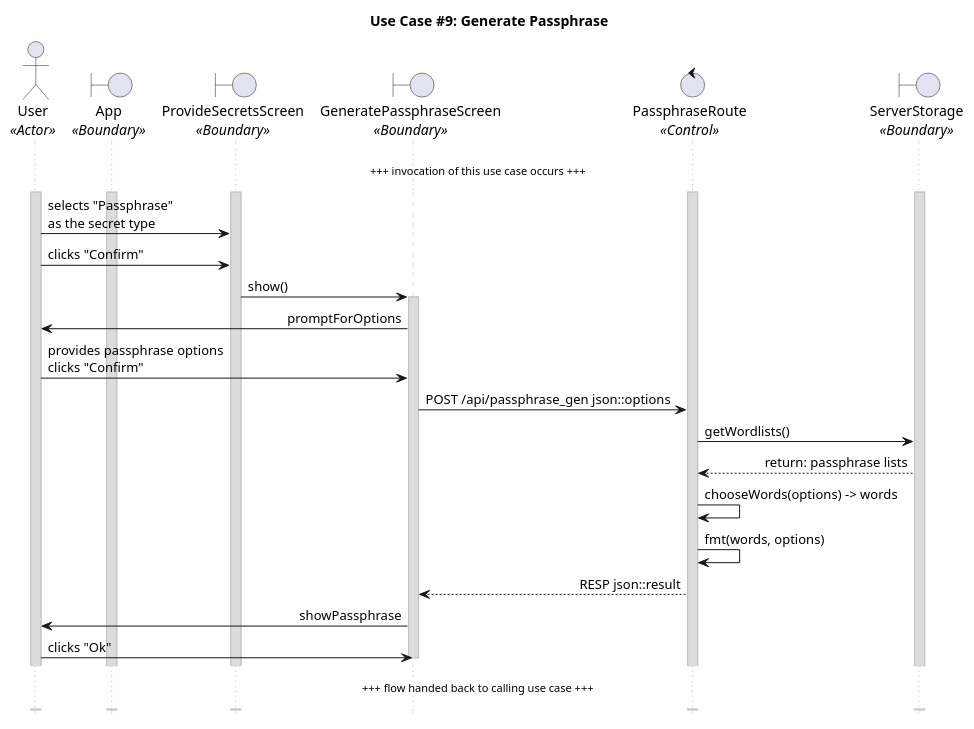
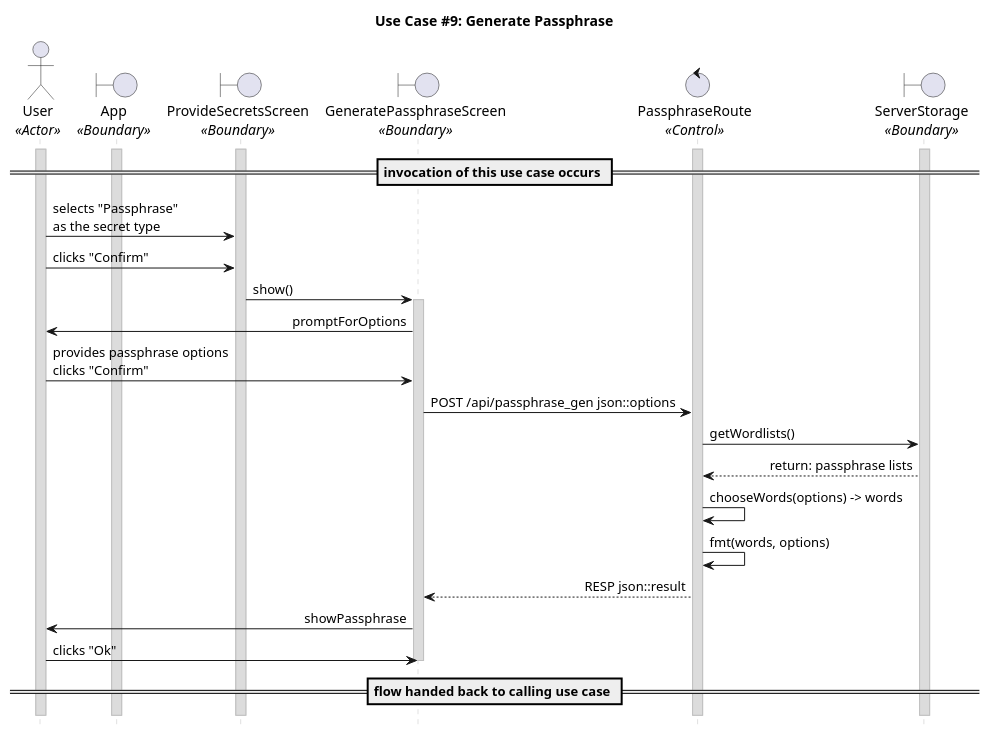
Before and after one commit to CECS-491-SP24-Group-1/seq-diagrams: the diagram in uc_09.puml, drawn with PlantUML. The commit also changed 2 other files, not shown here.

```diff
--- a/uc_09.puml
+++ b/uc_09.puml
@@ -1,72 +1,72 @@
 @startuml uc09
 title "Use Case #9: Generate Passphrase"
 
 'Styling goes here
 hide footbox
 skinparam stereotypePosition bottom
 skinparam sequenceMessageAlign direction
 skinparam sequence {
 	LifeLineBorderColor #Silver
 	LifeLineBackgroundColor #Gainsboro
 }
 
 'Setup the objects involved here
 actor User as u <<Actor>>
 boundary App as a <<Boundary>>
 boundary ProvideSecretsScreen as pss <<Boundary>>
 boundary GeneratePassphraseScreen as gps <<Boundary>>
 control PassphraseRoute as pr <<Control>>
 boundary ServerStorage as ss <<Boundary>>
 
 'Setup persistent objects here
 activate u
 activate a
 activate pr
 activate ss
 activate pss
 
 '--- FLOW OF CONTROL STARTS HERE ---
 'User requests a passphrase from the server along with options such as number of words in the phrase.
 'u -> a: <does an action to trigger \nshow() on "ProvideSecretsScreen">
 'a -> pss: show()
 'activate pss
 'pss -> u: promptForSecret
 
-... +++ invocation of this use case occurs +++ ...
+== invocation of this use case occurs ==
 
 
 u -> pss: selects "Passphrase" \nas the secret type
 u -> pss: clicks "Confirm"
 pss -> gps: show()
 activate gps
 gps -> u: promptForOptions
 u -> gps: provides passphrase options \nclicks "Confirm"
 
 'TODO: Might want to shit passphrase generation from serverside to clientside
 'Request is made to the server with the user's options
 gps -> pr: POST /api/passphrase_gen json::options
 
 'Server picks a format from a pre-defined list of formats.
 pr -> ss: getWordlists()
 ss --> pr: return: passphrase lists
 
 'Server chooses random phrases from the wordlist.
 pr -> pr: chooseWords(options) -> words
 
 'Server formats the passphrase according to the chosen format and user request.
 pr -> pr: fmt(words, options)
 
 'Server sends the passphrase back to the user.
 pr --> gps: RESP json::result
 gps -> u: showPassphrase
 u -> gps: clicks "Ok"
 deactivate gps
 
 'Cleanup
-... +++ flow handed back to calling use case +++ ...
+== flow handed back to calling use case ==
 
 'Cleanup
 'u -> pss: provides passphrase \nclicks "Confirm"
 '--- FLOW OF CONTROL ENDS HERE   ---
 
 @enduml
```
